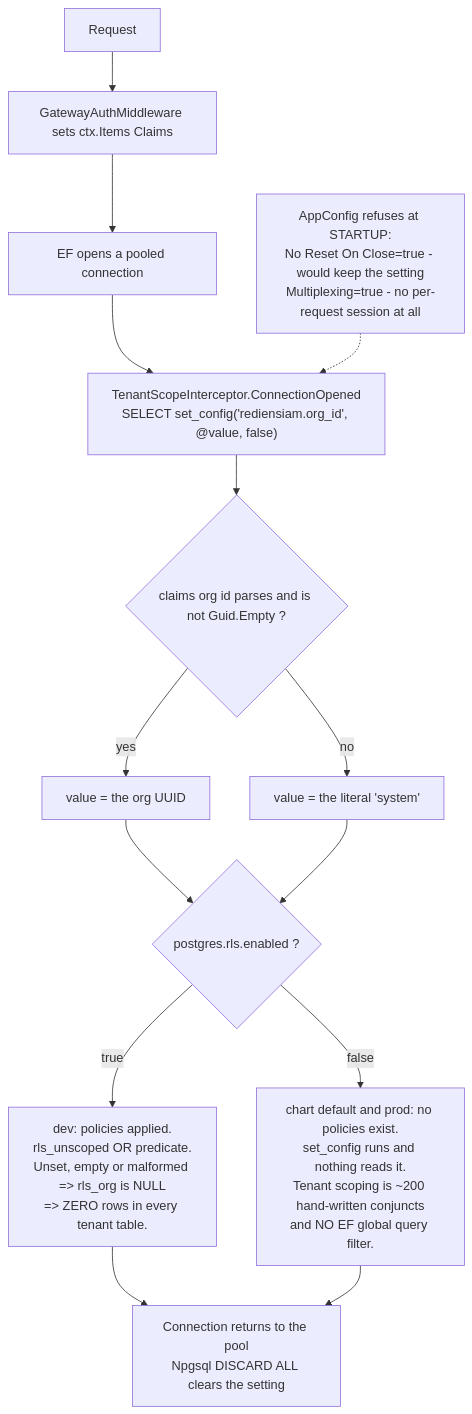
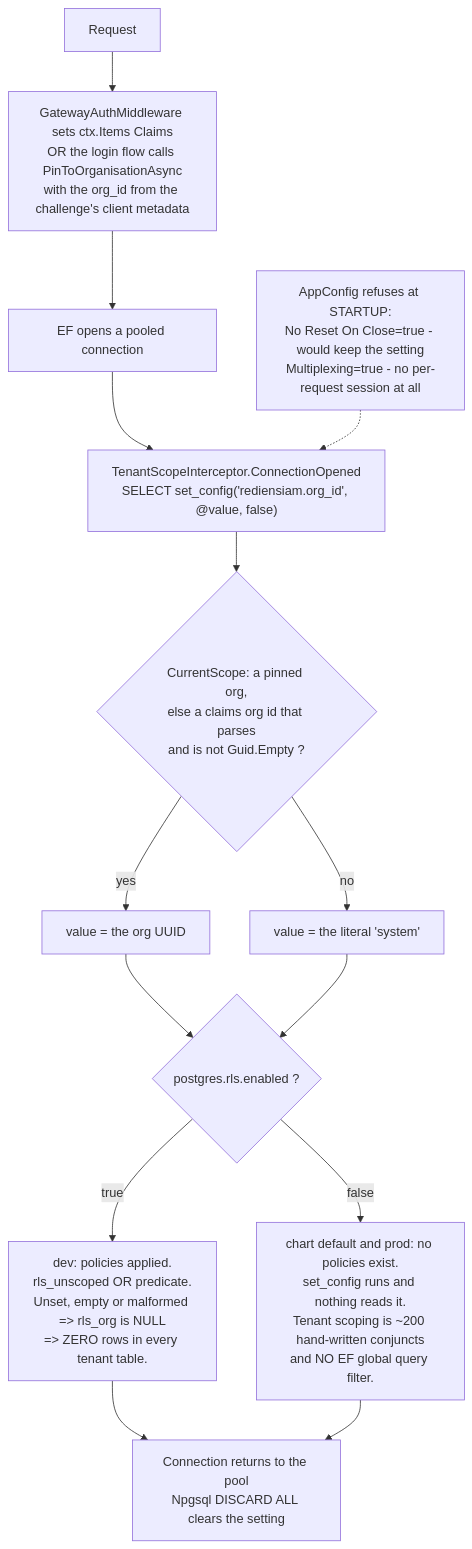
Before and after one commit to GuillaumeCariou/RediensIAM: diagram 19 of 27 in docs/DIAGRAMS.md, drawn with Mermaid. The commit also changed other lines of this file and 56 other files, not shown here.

````diff
--- a/docs/DIAGRAMS.md
+++ b/docs/DIAGRAMS.md
@@ -758,26 +758,26 @@
 ```mermaid
 flowchart TD
     req["Request"]
-    mw["GatewayAuthMiddleware sets ctx.Items Claims"]
+    mw["GatewayAuthMiddleware sets ctx.Items Claims<br/>OR the login flow calls PinToOrganisationAsync<br/>with the org_id from the challenge's client metadata"]
     open["EF opens a pooled connection"]
     int["TenantScopeInterceptor.ConnectionOpened<br/>SELECT set_config('rediensiam.org_id', @value, false)"]
-    val{"claims org id parses and is not Guid.Empty ?"}
+    val{"CurrentScope: a pinned org,<br/>else a claims org id that parses<br/>and is not Guid.Empty ?"}
     org["value = the org UUID"]
     sys["value = the literal 'system'"]
     pol{"postgres.rls.enabled ?"}
     on["dev: policies applied.<br/>rls_unscoped OR predicate.<br/>Unset, empty or malformed => rls_org is NULL<br/>=> ZERO rows in every tenant table."]
     off["chart default and prod: no policies exist.<br/>set_config runs and nothing reads it.<br/>Tenant scoping is ~200 hand-written conjuncts<br/>and NO EF global query filter."]
     ret["Connection returns to the pool<br/>Npgsql DISCARD ALL clears the setting"]
     guard["AppConfig refuses at STARTUP:<br/>No Reset On Close=true - would keep the setting<br/>Multiplexing=true - no per-request session at all"]
 
     req-->mw-->open-->int-->val
     val-->|"yes"| org
     val-->|"no"| sys
     org-->pol
     sys-->pol
     pol-->|"true"| on
     pol-->|"false"| off
     on-->ret
     off-->ret
     guard-.->int
 ```
````
